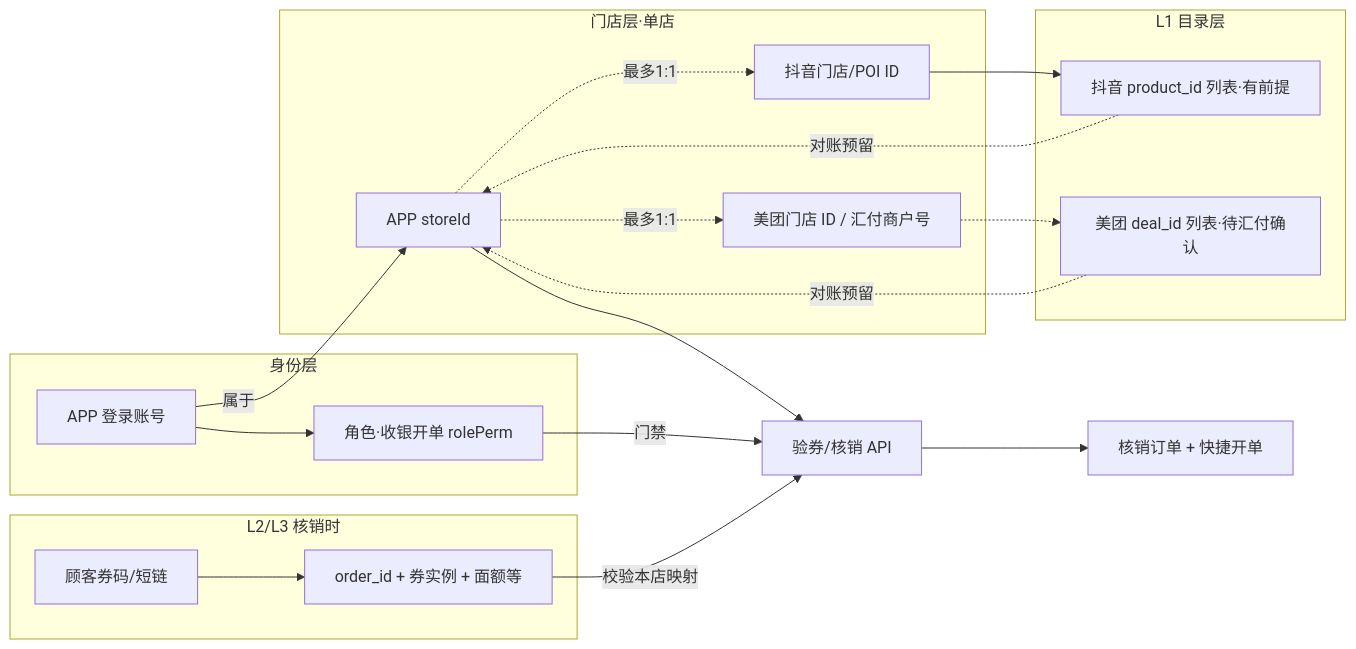
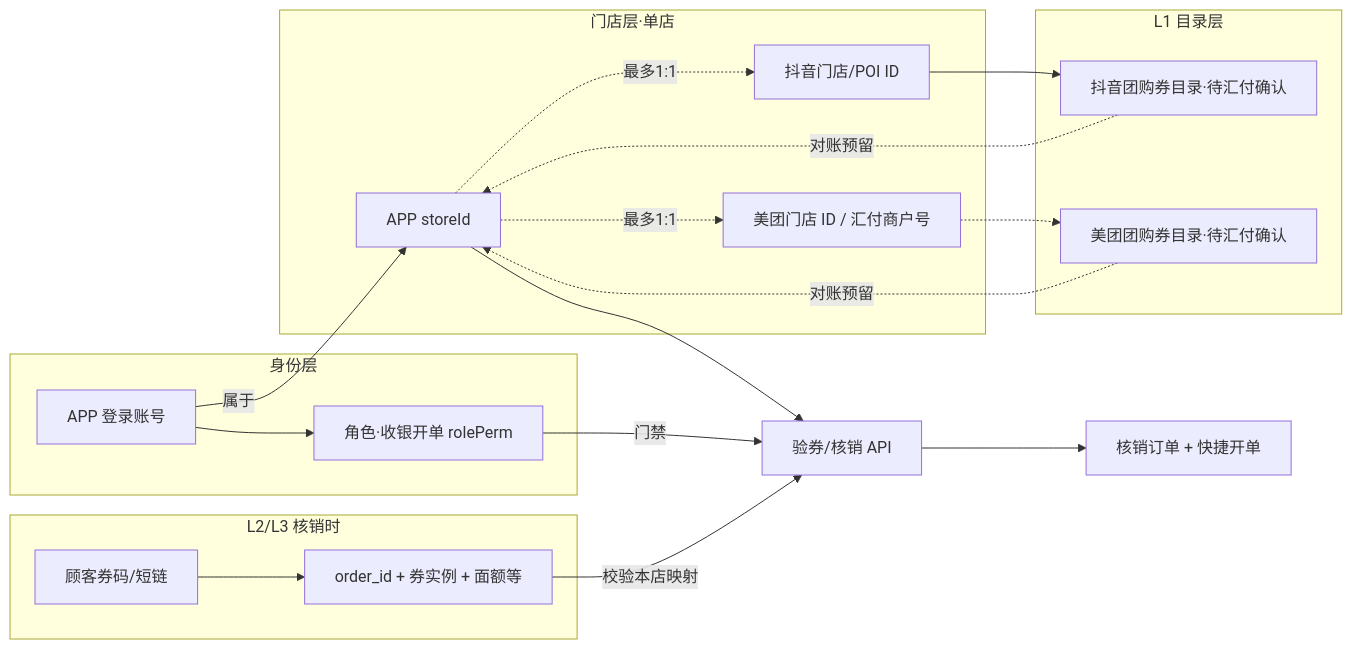
One commit to XDean-Designer/tiktok changed the fifth of 5 diagrams in PRD-团购核销.md. Above: the diagram before and after it, drawn with Mermaid. The commit also changed other lines of this file and 71 other files, not shown here.

````diff
--- a/PRD-团购核销.md
+++ b/PRD-团购核销.md
@@ -1076,37 +1102,37 @@
 ```mermaid
 flowchart LR
   subgraph Identity["身份层"]
     U[APP 登录账号]
     R[角色·收银开单 rolePerm]
     U --> R
   end
 
   subgraph Store["门店层·单店"]
     AS[APP storeId]
     DY[抖音门店/POI ID]
     MT[美团门店 ID / 汇付商户号]
     AS -.最多1:1.-> DY
     AS -.最多1:1.-> MT
   end
 
   subgraph Catalog["L1 目录层"]
-    DDeal[抖音 product_id 列表·有前提]
-    MDeal[美团 deal_id 列表·待汇付确认]
+    DDeal[抖音团购券目录·待汇付确认]
+    MDeal[美团团购券目录·待汇付确认]
     DY --> DDeal
     MT -.-> MDeal
   end
 
   subgraph Ticket["L2/L3 核销时"]
     Code[顾客券码/短链]
     CID[order_id + 券实例 + 面额等]
     Code --> CID
   end
 
   U -->|属于| AS
   R -->|门禁| V[验券/核销 API]
   AS --> V
   DDeal -.对账预留.-> AS
   MDeal -.对账预留.-> AS
   CID -->|校验本店映射| V
   V --> Order[核销订单 + 快捷开单]
 ```
````
